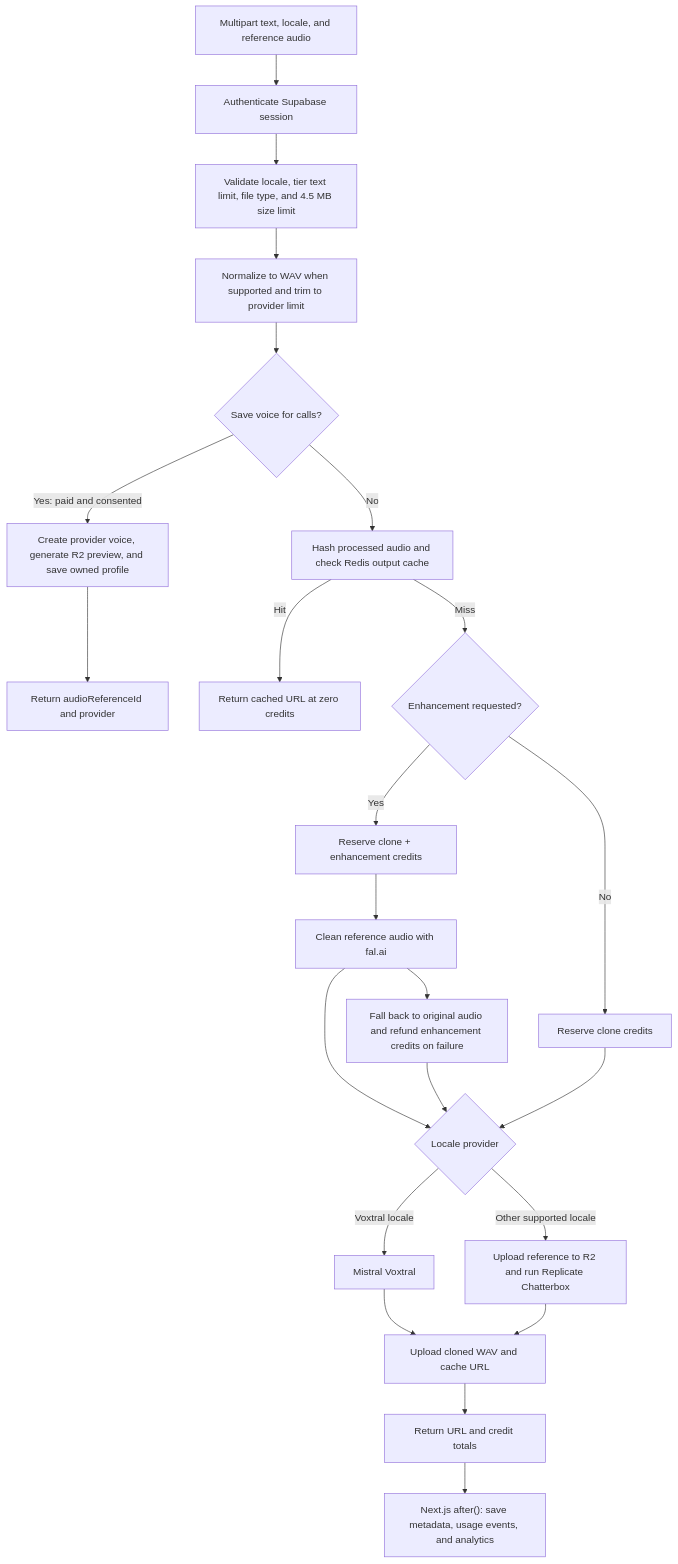
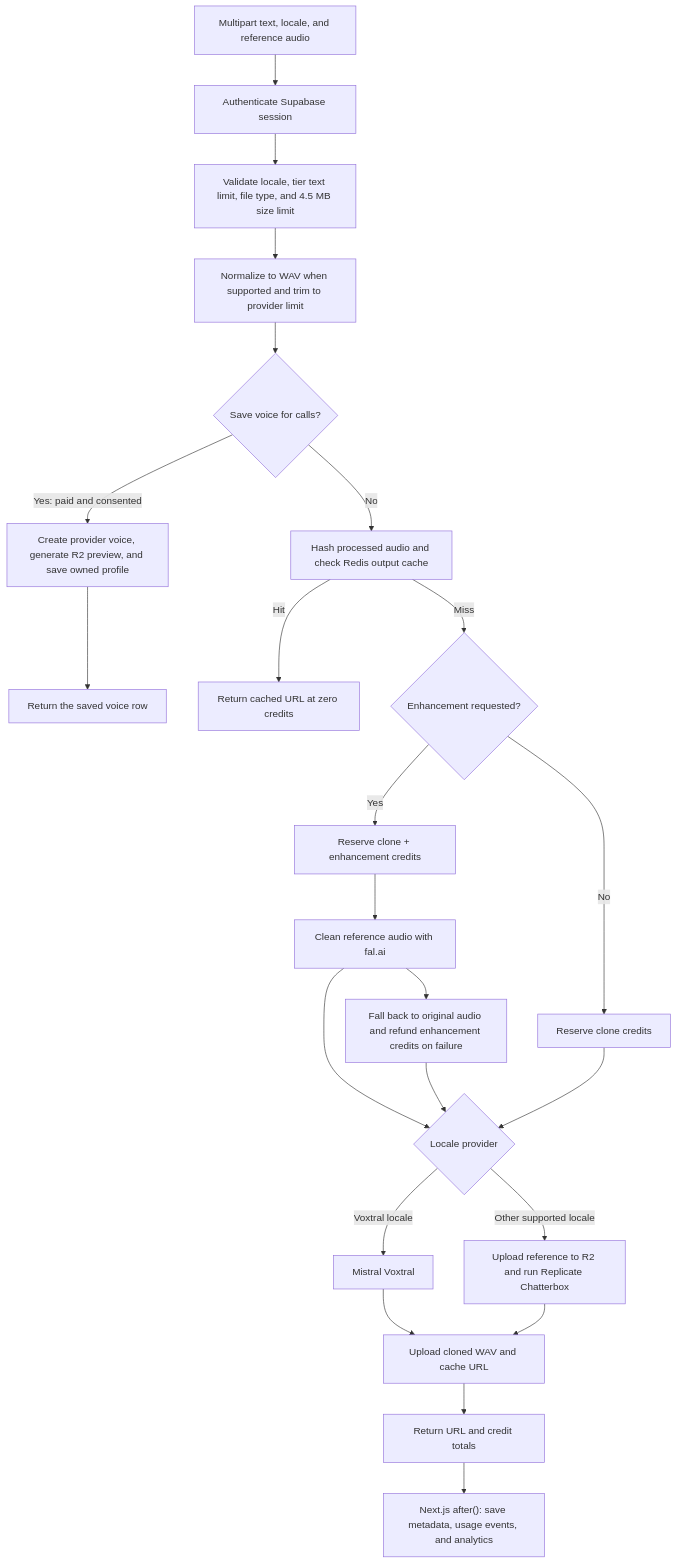
The fourth of 5 diagrams in ARCHITECTURE.md (gianpaj/sexyvoice), drawn with Mermaid before and after one commit. The commit also changed other lines of this file and 11 other files, not shown here.

First line of the commit message:
refactor(clone): share the reference audio contract

````diff
--- a/ARCHITECTURE.md
+++ b/ARCHITECTURE.md
@@ -217,25 +217,25 @@
 ```mermaid
 flowchart TD
     A["Multipart text, locale, and reference audio"] --> B["Authenticate Supabase session"]
     B --> C["Validate locale, tier text limit, file type, and 4.5 MB size limit"]
     C --> D["Normalize to WAV when supported and trim to provider limit"]
     D --> S{"Save voice for calls?"}
     S -->|"Yes: paid and consented"| T["Create provider voice, generate R2 preview, and save owned profile"]
-    T --> U["Return audioReferenceId and provider"]
+    T --> U["Return the saved voice row"]
     S -->|"No"| E["Hash processed audio and check Redis output cache"]
     E -->|"Hit"| F["Return cached URL at zero credits"]
     E -->|"Miss"| G{"Enhancement requested?"}
     G -->|"Yes"| H["Reserve clone + enhancement credits"]
     H --> I["Clean reference audio with fal.ai"]
     I --> J["Fall back to original audio and refund enhancement credits on failure"]
     G -->|"No"| K["Reserve clone credits"]
     I --> L{"Locale provider"}
     J --> L
     K --> L
     L -->|"Voxtral locale"| M["Mistral Voxtral"]
     L -->|"Other supported locale"| N["Upload reference to R2 and run Replicate Chatterbox"]
     M --> O["Upload cloned WAV and cache URL"]
     N --> O
     O --> P["Return URL and credit totals"]
     P --> Q["Next.js after(): save metadata, usage events, and analytics"]
 ```
````
